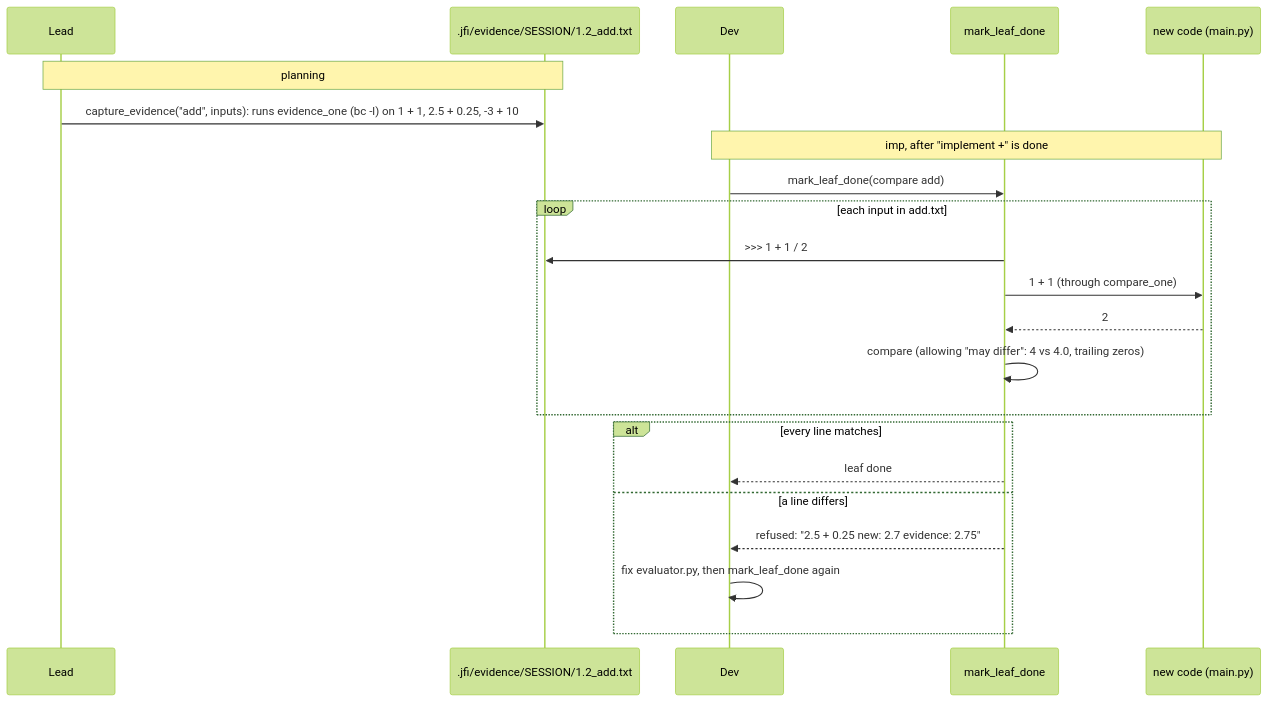
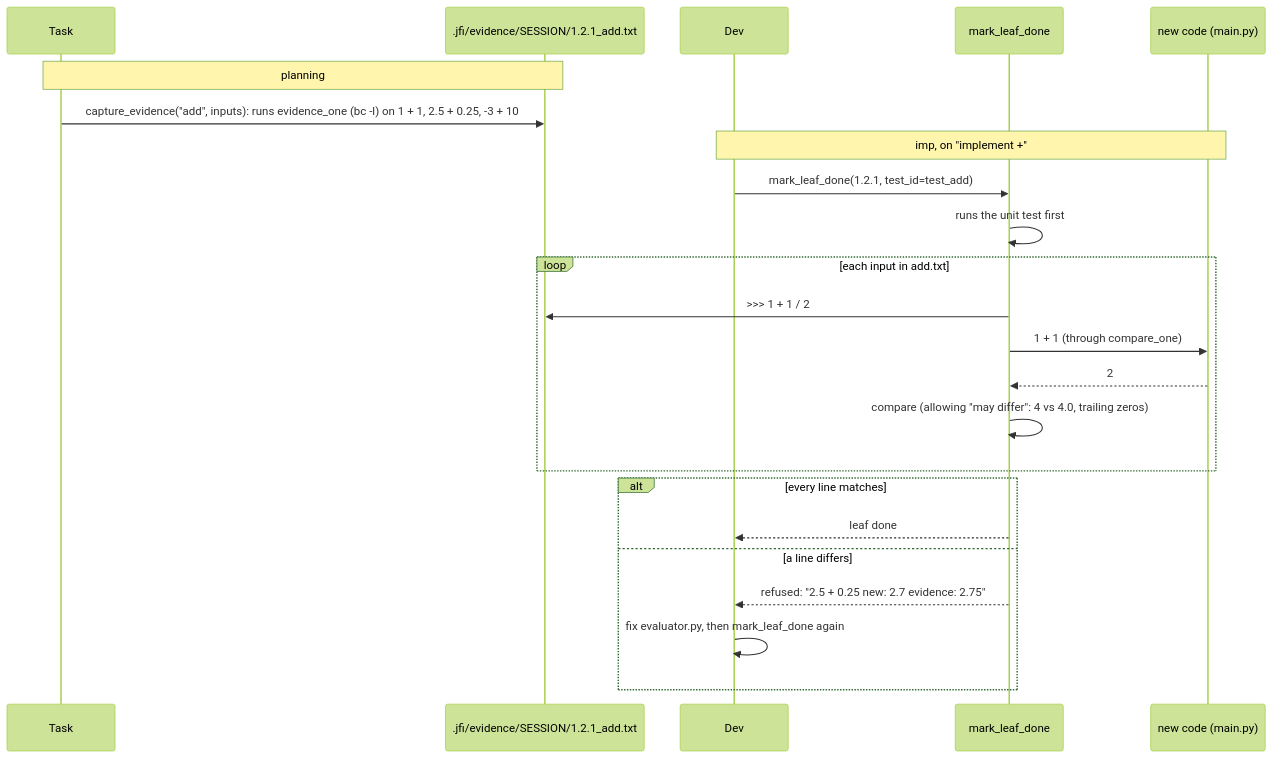
Before and after one commit to Tejasvedagiri/Just-Finish-It: the second of 2 diagrams in docs/old_new.md, drawn with Mermaid (forest theme). The commit also changed other lines of this file and 26 other files, not shown here.

First line of the commit message:
imp: every node is a task, built bottom-up and compared with its own evidence

````diff
--- a/docs/old_new.md
+++ b/docs/old_new.md
@@ -214,25 +219,26 @@
 ```mermaid
 sequenceDiagram
-    participant Lead
-    participant Ev as .jfi/evidence/SESSION/1.2_add.txt
+    participant Task
+    participant Ev as .jfi/evidence/SESSION/1.2.1_add.txt
     participant Dev
     participant Gate as mark_leaf_done
     participant New as new code (main.py)
 
-    Note over Lead,Ev: planning
-    Lead->>Ev: capture_evidence("add", inputs): runs evidence_one (bc -l) on 1 + 1, 2.5 + 0.25, -3 + 10
-    Note over Dev,New: imp, after "implement +" is done
-    Dev->>Gate: mark_leaf_done(compare add)
+    Note over Task,Ev: planning
+    Task->>Ev: capture_evidence("add", inputs): runs evidence_one (bc -l) on 1 + 1, 2.5 + 0.25, -3 + 10
+    Note over Dev,New: imp, on "implement +"
+    Dev->>Gate: mark_leaf_done(1.2.1, test_id=test_add)
+    Gate->>Gate: runs the unit test first
     loop each input in add.txt
         Gate->>Ev: >>> 1 + 1 / 2
         Gate->>New: 1 + 1 (through compare_one)
         New-->>Gate: 2
         Gate->>Gate: compare (allowing "may differ": 4 vs 4.0, trailing zeros)
     end
     alt every line matches
         Gate-->>Dev: leaf done
     else a line differs
         Gate-->>Dev: refused: "2.5 + 0.25  new: 2.7  evidence: 2.75"
         Dev->>Dev: fix evaluator.py, then mark_leaf_done again
     end
 ```
````
